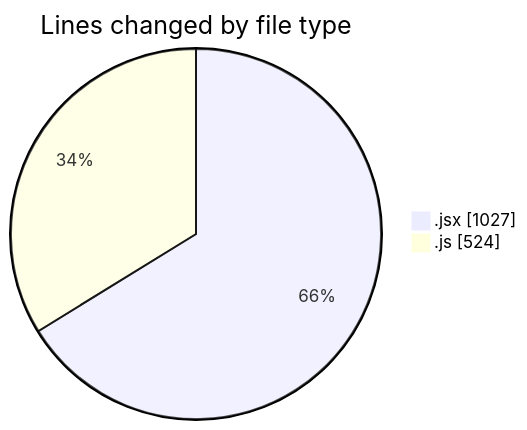
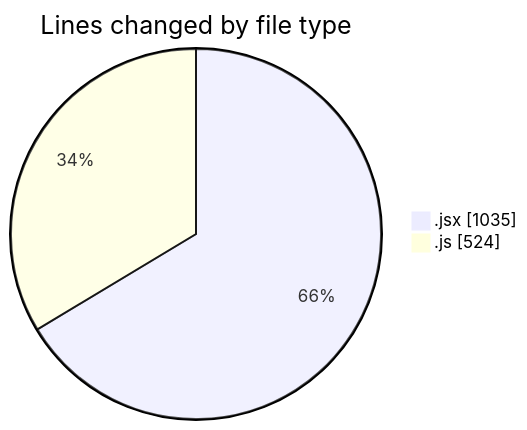
The first of 2 diagrams in 2025-06-30/argos/README.md (nxtqubesakshisongat/code-tracking), drawn with Mermaid before and after one commit. The commit also changed other lines of this file and 1 other file, not shown here.

````diff
--- a/2025-06-30/argos/README.md
+++ b/2025-06-30/argos/README.md
@@ -25,6 +25,6 @@
 ```mermaid
 pie showData
 title Lines changed by file type
-".jsx" : 1027
+".jsx" : 1035
 ".js" : 524
 ```
````
